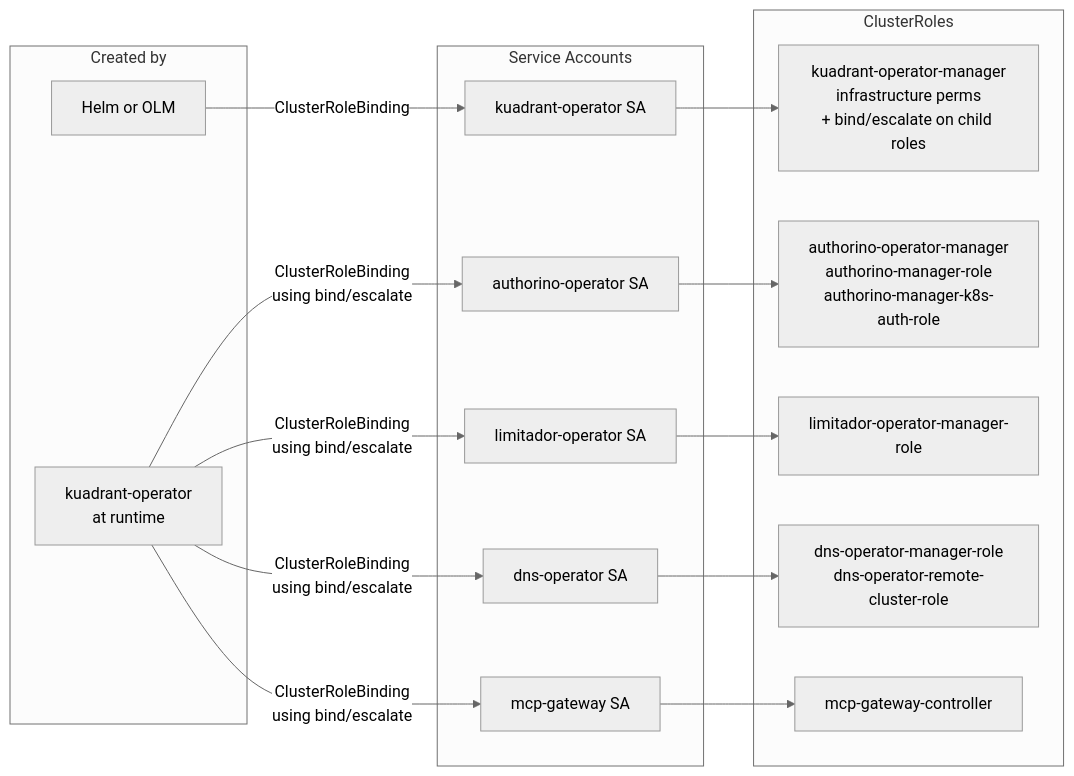
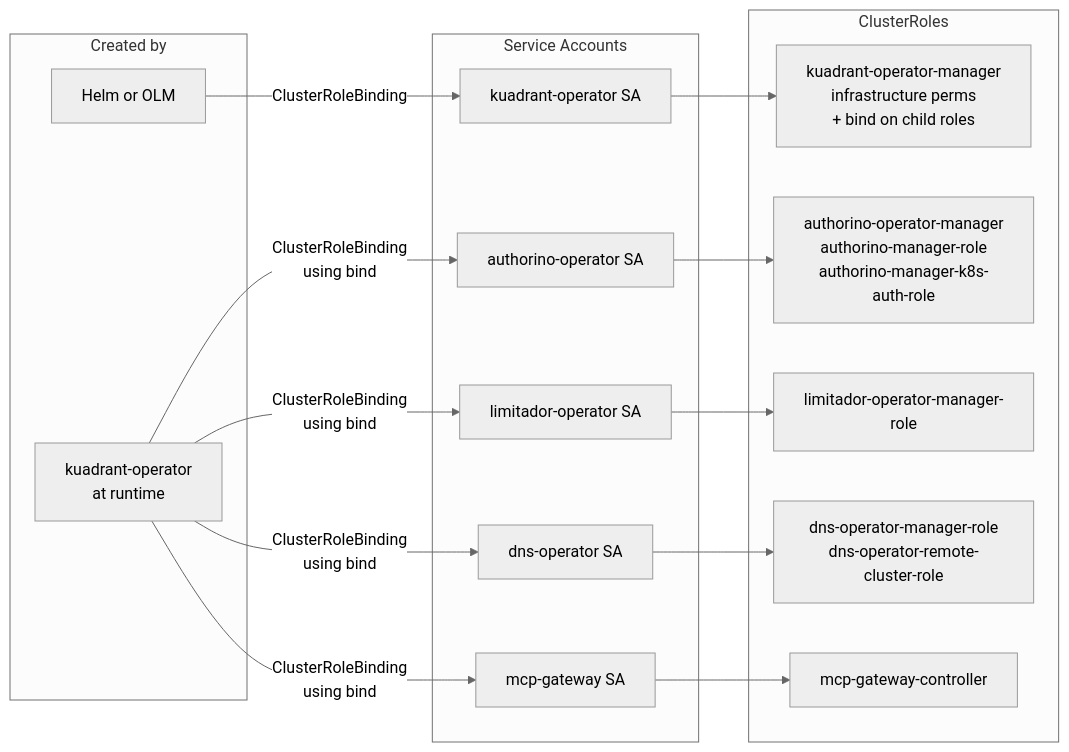
One commit to Kuadrant/architecture changed the fifth of 6 diagrams in rfcs/0019-olmv1-operator-consolidation/architecture-diagrams.md. Above: the diagram before and after it, drawn with Mermaid (neutral theme). The commit also changed other lines of this file and 1 other file, not shown here.

Commit message:
docs: add OLM migration findings and address review feedback
- Document OLM GVK conflict as root cause for upgrade stall
- Add tested migration steps (post-catalog-update cleanup)
- Document three rejected migration alternatives with rationale
- Remove escalate from RBAC model (bind is sufficient)
- Add mcp-gateway to migration cleanup steps
- Scope sync PR naming by target branch
- Add image references section for RELATED_IMAGE env vars
- Soften dependency operator framing for standalone use cases

````diff
--- a/rfcs/0019-olmv1-operator-consolidation/architecture-diagrams.md
+++ b/rfcs/0019-olmv1-operator-consolidation/architecture-diagrams.md
@@ -122,35 +124,35 @@
 ```mermaid
 graph LR
     subgraph sa["Service Accounts"]
         KSA["kuadrant-operator SA"]
         ASA["authorino-operator SA"]
         LSA["limitador-operator SA"]
         DSA["dns-operator SA"]
         MSA["mcp-gateway SA"]
     end
 
     subgraph roles["ClusterRoles"]
-        KR["kuadrant-operator-manager<br/>infrastructure perms<br/>+ bind/escalate on child roles"]
+        KR["kuadrant-operator-manager<br/>infrastructure perms<br/>+ bind on child roles"]
         AR["authorino-operator-manager<br/>authorino-manager-role<br/>authorino-manager-k8s-auth-role"]
         LR_["limitador-operator-manager-role"]
         DR["dns-operator-manager-role<br/>dns-operator-remote-cluster-role"]
         MR["mcp-gateway-controller"]
     end
 
     subgraph who["Created by"]
         OLM_H["Helm or OLM"]
         KUADRANT["kuadrant-operator<br/>at runtime"]
     end
 
     OLM_H -->|"ClusterRoleBinding"| KSA
     KSA --> KR
 
-    KUADRANT -->|"ClusterRoleBinding<br/>using bind/escalate"| ASA
-    KUADRANT -->|"ClusterRoleBinding<br/>using bind/escalate"| LSA
-    KUADRANT -->|"ClusterRoleBinding<br/>using bind/escalate"| DSA
-    KUADRANT -->|"ClusterRoleBinding<br/>using bind/escalate"| MSA
+    KUADRANT -->|"ClusterRoleBinding<br/>using bind"| ASA
+    KUADRANT -->|"ClusterRoleBinding<br/>using bind"| LSA
+    KUADRANT -->|"ClusterRoleBinding<br/>using bind"| DSA
+    KUADRANT -->|"ClusterRoleBinding<br/>using bind"| MSA
     ASA --> AR
     LSA --> LR_
     DSA --> DR
     MSA --> MR
 ```
````
